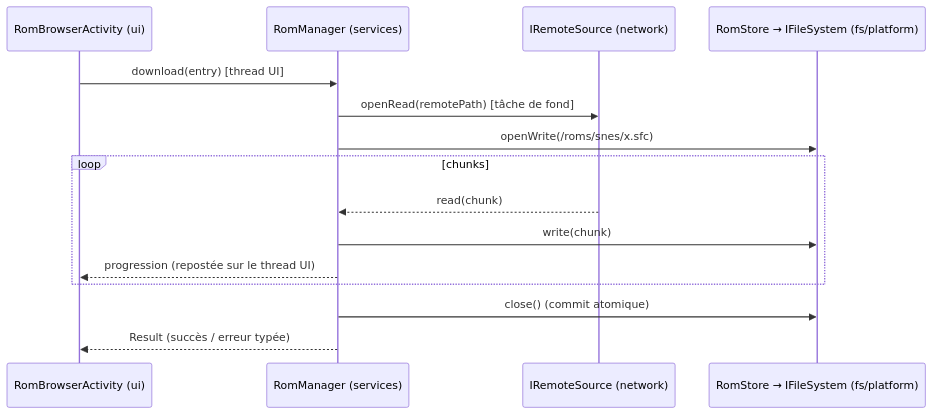
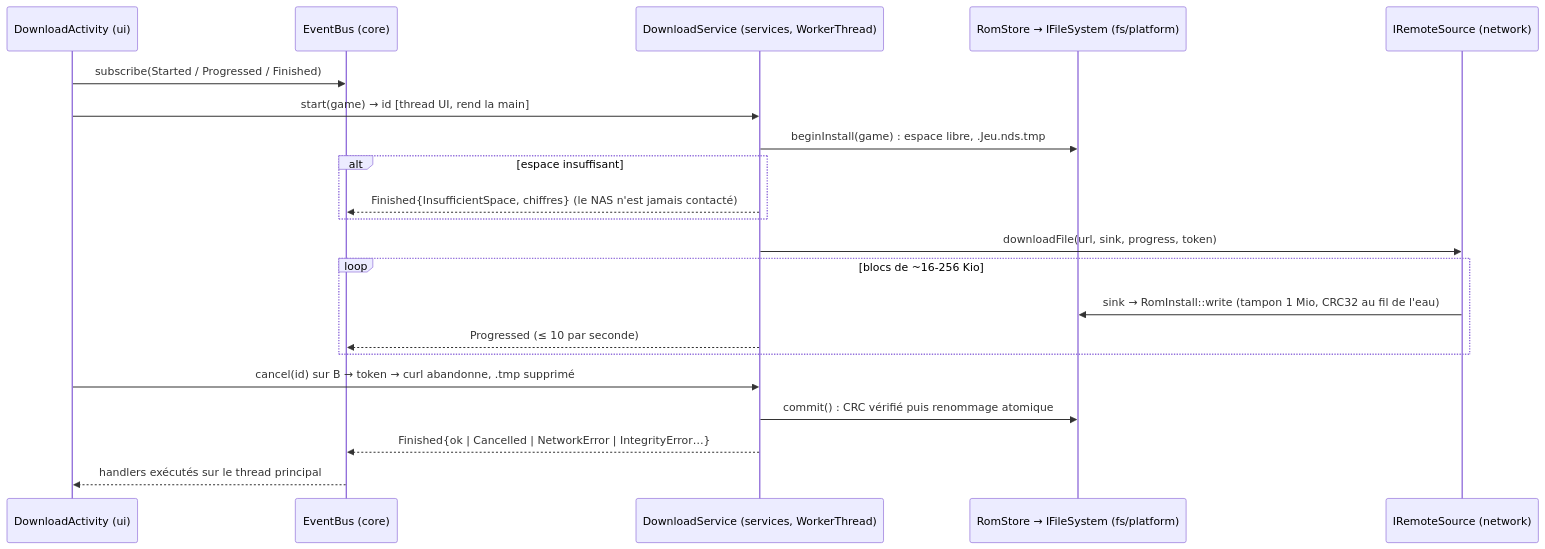
One commit to leo3438/my_little_shop_discord.py changed the third of 3 diagrams in retromanager/ARCHITECTURE.md. Above: the diagram before and after it, drawn with Mermaid. The commit also changed other lines of this file and 5 other files, not shown here.

````diff
--- a/retromanager/ARCHITECTURE.md
+++ b/retromanager/ARCHITECTURE.md
@@ -179,17 +186,23 @@
 ```mermaid
 sequenceDiagram
-    participant UI as RomBrowserActivity (ui)
-    participant S as RomManager (services)
+    participant UI as DownloadActivity (ui)
+    participant B as EventBus (core)
+    participant D as DownloadService (services, WorkerThread)
+    participant F as RomStore → IFileSystem (fs/platform)
     participant R as IRemoteSource (network)
-    participant F as RomStore → IFileSystem (fs/platform)
-    UI->>S: download(entry)          [thread UI]
-    S->>R: openRead(remotePath)      [tâche de fond]
-    S->>F: openWrite(/roms/snes/x.sfc)
-    loop chunks
-        R-->>S: read(chunk)
-        S->>F: write(chunk)
-        S-->>UI: progression (repostée sur le thread UI)
+    UI->>B: subscribe(Started / Progressed / Finished)
+    UI->>D: start(game) → id                       [thread UI, rend la main]
+    D->>F: beginInstall(game) : espace libre, .Jeu.nds.tmp
+    alt espace insuffisant
+        D-->>B: Finished{InsufficientSpace, chiffres}  (le NAS n'est jamais contacté)
     end
-    S->>F: close()  (commit atomique)
-    S-->>UI: Result (succès / erreur typée)
+    D->>R: downloadFile(url, sink, progress, token)
+    loop blocs de ~16-256 Kio
+        R->>F: sink → RomInstall::write (tampon 1 Mio, CRC32 au fil de l'eau)
+        D-->>B: Progressed (≤ 10 par seconde)
+    end
+    UI->>D: cancel(id) sur B → token → curl abandonne, .tmp supprimé
+    D->>F: commit() : CRC vérifié puis renommage atomique
+    D-->>B: Finished{ok | Cancelled | NetworkError | IntegrityError…}
+    B-->>UI: handlers exécutés sur le thread principal
 ```
````
